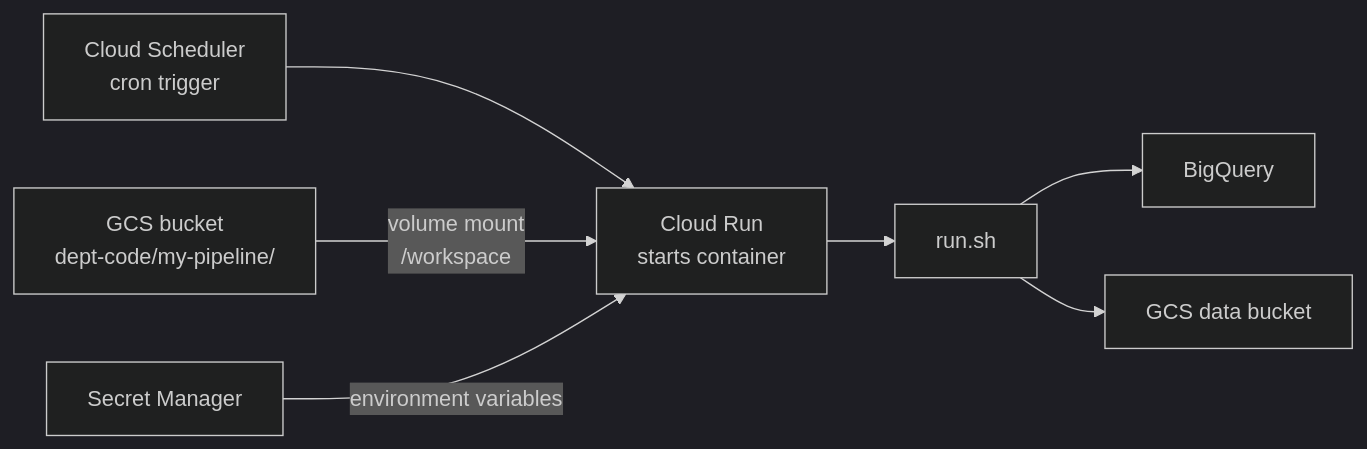
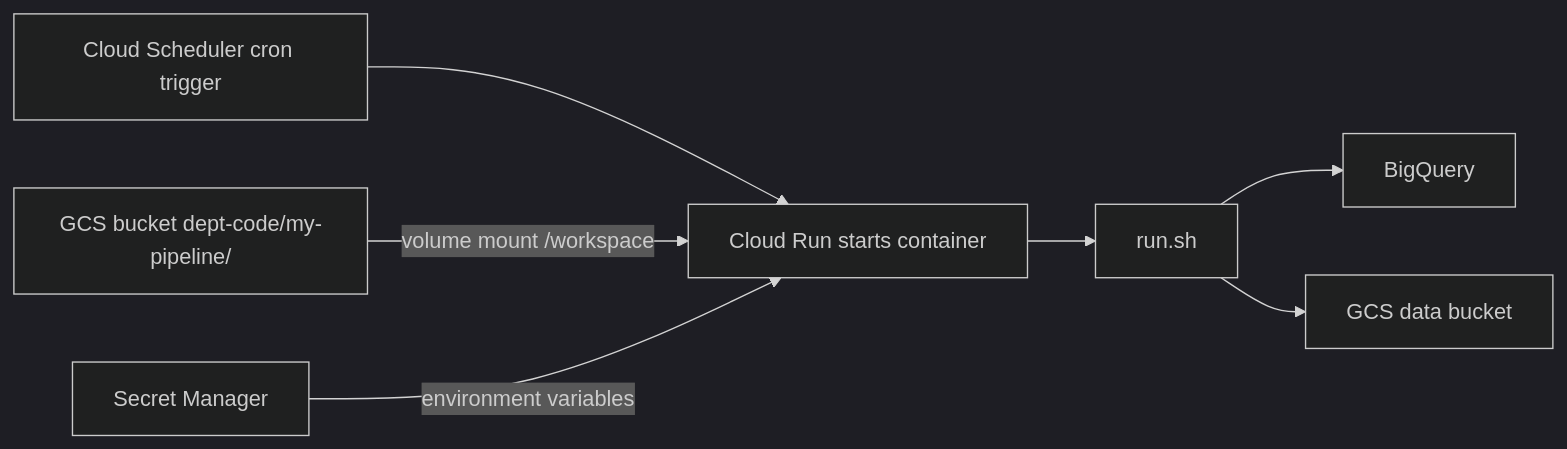
Before and after one commit to Ch3w3y/docker_gcp: the third of 3 diagrams in docs/architecture.md, drawn with Mermaid (dark theme). The commit also changed other lines of this file and 10 other files, not shown here.

First line of the commit message:
Fix mermaid diagram rendering: replace literal \n with spaces

````diff
--- a/docs/architecture.md
+++ b/docs/architecture.md
@@ -332,9 +332,9 @@
 ```mermaid
 flowchart LR
-    A["Cloud Scheduler\ncron trigger"] --> B["Cloud Run\nstarts container"]
-    C["GCS bucket\ndept-code/my-pipeline/"] -->|"volume mount\n/workspace"| B
+    A["Cloud Scheduler cron trigger"] --> B["Cloud Run starts container"]
+    C["GCS bucket dept-code/my-pipeline/"] -->|"volume mount /workspace"| B
     D["Secret Manager"] -->|environment variables| B
     B --> E["run.sh"]
     E --> F["BigQuery"]
     E --> G["GCS data bucket"]
 ```
````
